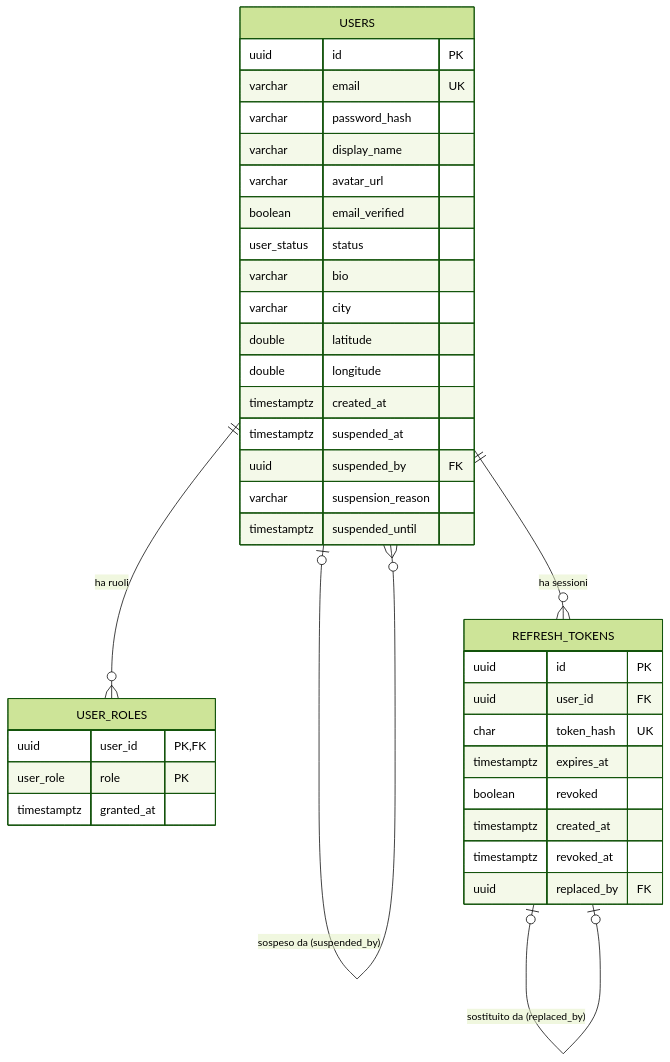
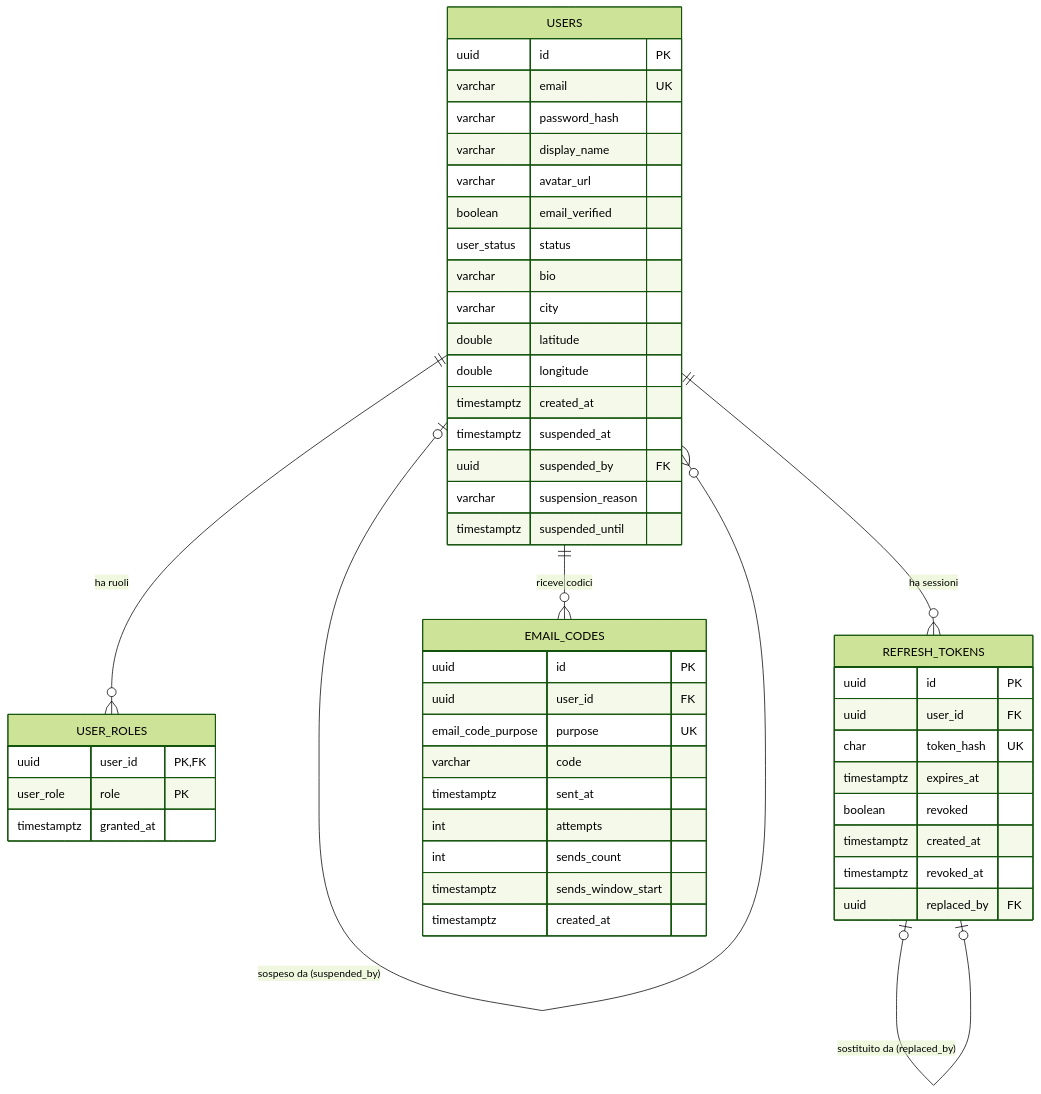
Before and after one commit to AlbertoRazzolini/Resonance_app: the diagram in docs/schema-db.md, drawn with Mermaid (forest theme). The commit also changed other lines of this file and 37 other files, not shown here.

First line of the commit message:
feat(auth): aggiunge registrazione, codici email e invio mail

````diff
--- a/docs/schema-db.md
+++ b/docs/schema-db.md
@@ -96,43 +118,56 @@
 ```mermaid
 erDiagram
     USERS ||--o{ USER_ROLES : "ha ruoli"
     USERS |o--o{ USERS : "sospeso da (suspended_by)"
     USERS ||--o{ REFRESH_TOKENS : "ha sessioni"
     REFRESH_TOKENS |o--o| REFRESH_TOKENS : "sostituito da (replaced_by)"
+    USERS ||--o{ EMAIL_CODES : "riceve codici"
 
     USERS {
         uuid id PK
         varchar email UK
         varchar password_hash
         varchar display_name
         varchar avatar_url
         boolean email_verified
         user_status status
         varchar bio
         varchar city
         double latitude
         double longitude
         timestamptz created_at
         timestamptz suspended_at
         uuid suspended_by FK
         varchar suspension_reason
         timestamptz suspended_until
     }
 
     USER_ROLES {
         uuid user_id PK, FK
         user_role role PK
         timestamptz granted_at
     }
 
     REFRESH_TOKENS {
         uuid id PK
         uuid user_id FK
         char token_hash UK
         timestamptz expires_at
         boolean revoked
         timestamptz created_at
         timestamptz revoked_at
         uuid replaced_by FK
     }
+
+    EMAIL_CODES {
+        uuid id PK
+        uuid user_id FK
+        email_code_purpose purpose UK
+        varchar code
+        timestamptz sent_at
+        int attempts
+        int sends_count
+        timestamptz sends_window_start
+        timestamptz created_at
+    }
 ```
````
